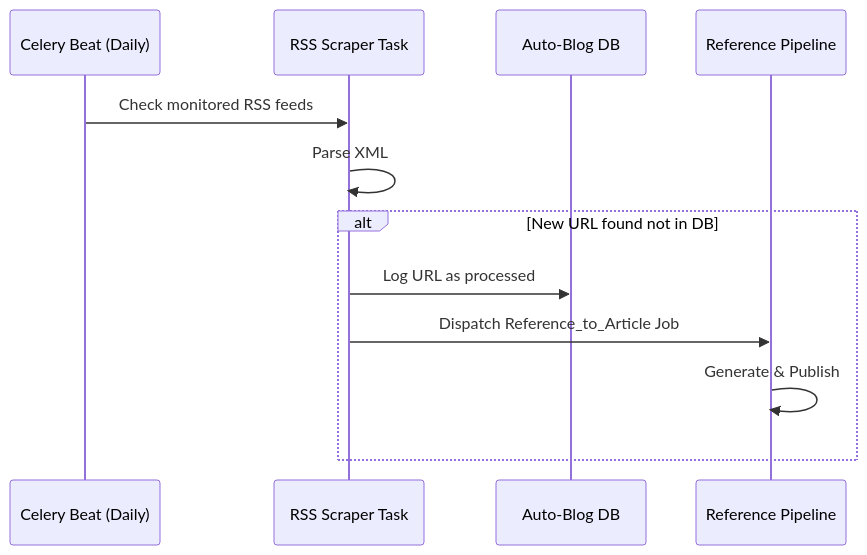
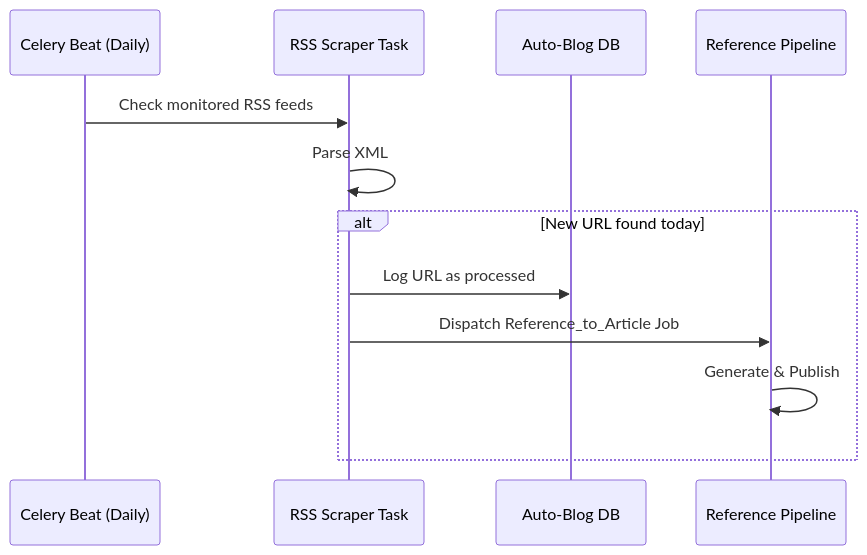
Before and after one commit to amhakimouse/auto-blog: the third of 4 diagrams in suggestions3.md, drawn with Mermaid. The commit also changed other lines of this file and 15 other files, not shown here.

````diff
--- a/suggestions3.md
+++ b/suggestions3.md
@@ -54,15 +55,15 @@
 ```mermaid
 sequenceDiagram
     participant Beat as Celery Beat (Daily)
     participant Scraper as RSS Scraper Task
     participant DB as Auto-Blog DB
     participant Pipeline as Reference Pipeline
 
     Beat->>Scraper: Check monitored RSS feeds
     Scraper->>Scraper: Parse XML
-    alt New URL found not in DB
+    alt New URL found today
         Scraper->>DB: Log URL as processed
         Scraper->>Pipeline: Dispatch Reference_to_Article Job
         Pipeline->>Pipeline: Generate & Publish
     end
 ```
````
